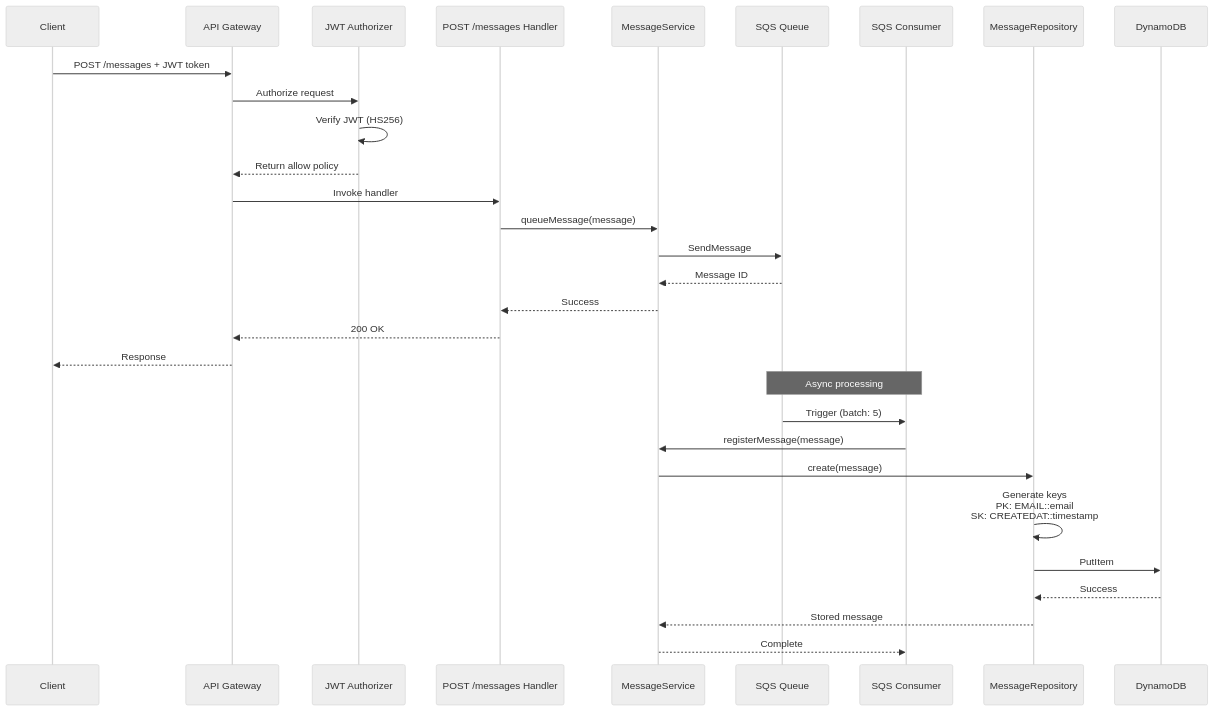
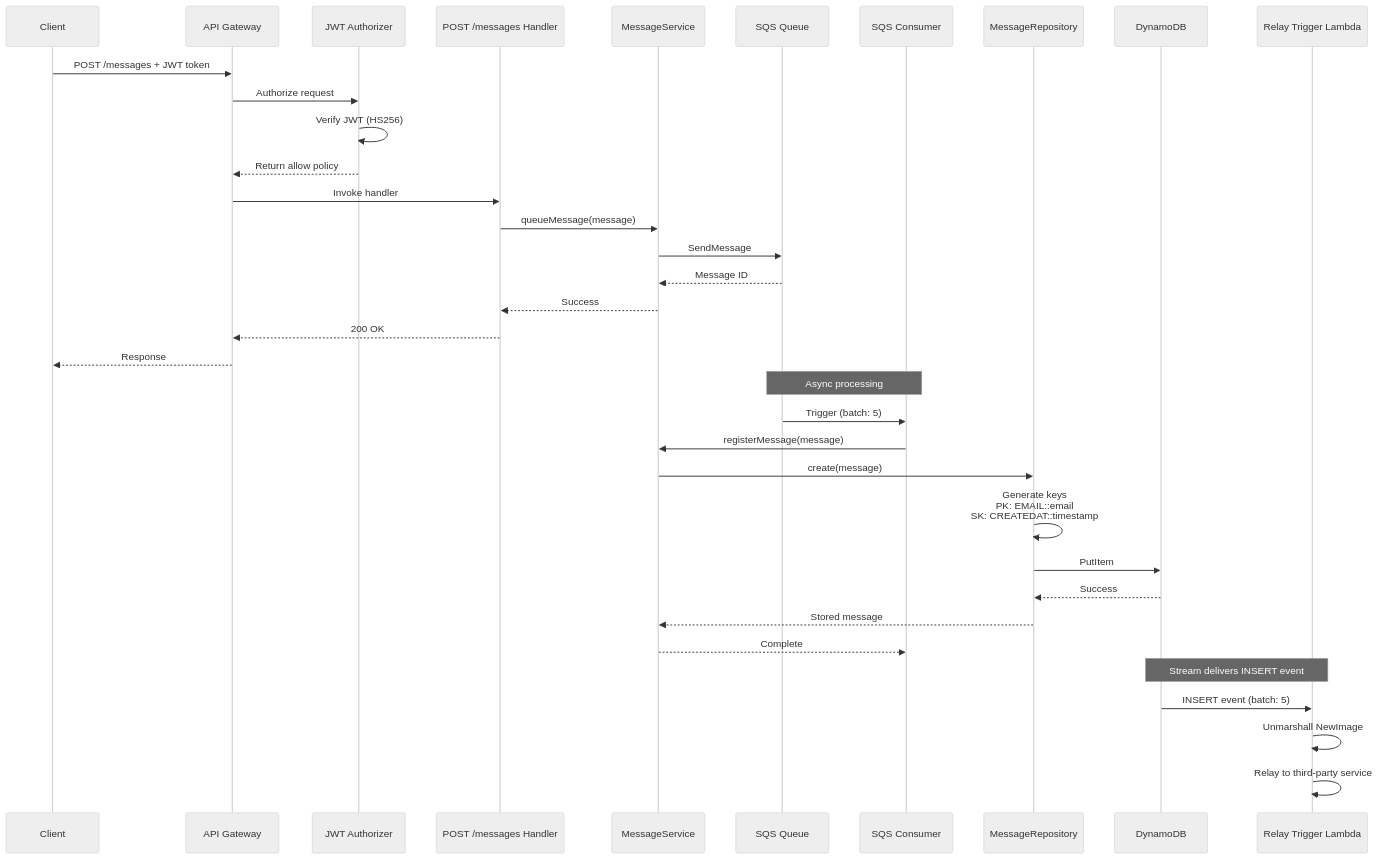
One commit to rawlinja/serverless-message-retry-cdk changed the second of 4 diagrams in docs/ARCHITECTURE.md. Above: the diagram before and after it, drawn with Mermaid (neutral theme). The commit also changed other lines of this file and 1 other file, not shown here.

Commit message:
docs: update ARCHITECTURE and README to reflect relay stack and current state

````diff
--- a/docs/ARCHITECTURE.md
+++ b/docs/ARCHITECTURE.md
@@ -118,34 +123,40 @@
 ```mermaid
 sequenceDiagram
     participant C as Client
     participant AG as API Gateway
     participant A as JWT Authorizer
     participant PH as POST /messages Handler
     participant MS as MessageService
     participant SQ as SQS Queue
     participant SC as SQS Consumer
     participant MR as MessageRepository
     participant DB as DynamoDB
+    participant RT as Relay Trigger Lambda
 
     C->>AG: POST /messages + JWT token
     AG->>A: Authorize request
     A->>A: Verify JWT (HS256)
     A-->>AG: Return allow policy
     AG->>PH: Invoke handler
     PH->>MS: queueMessage(message)
     MS->>SQ: SendMessage
     SQ-->>MS: Message ID
     MS-->>PH: Success
     PH-->>AG: 200 OK
     AG-->>C: Response
 
     Note over SQ,SC: Async processing
     SQ->>SC: Trigger (batch: 5)
     SC->>MS: registerMessage(message)
     MS->>MR: create(message)
     MR->>MR: Generate keys<br/>PK: EMAIL::email<br/>SK: CREATEDAT::timestamp
     MR->>DB: PutItem
     DB-->>MR: Success
     MR-->>MS: Stored message
     MS-->>SC: Complete
+
+    Note over DB,RT: Stream delivers INSERT event
+    DB->>RT: INSERT event (batch: 5)
+    RT->>RT: Unmarshall NewImage
+    RT->>RT: Relay to third-party service
 ```
````
